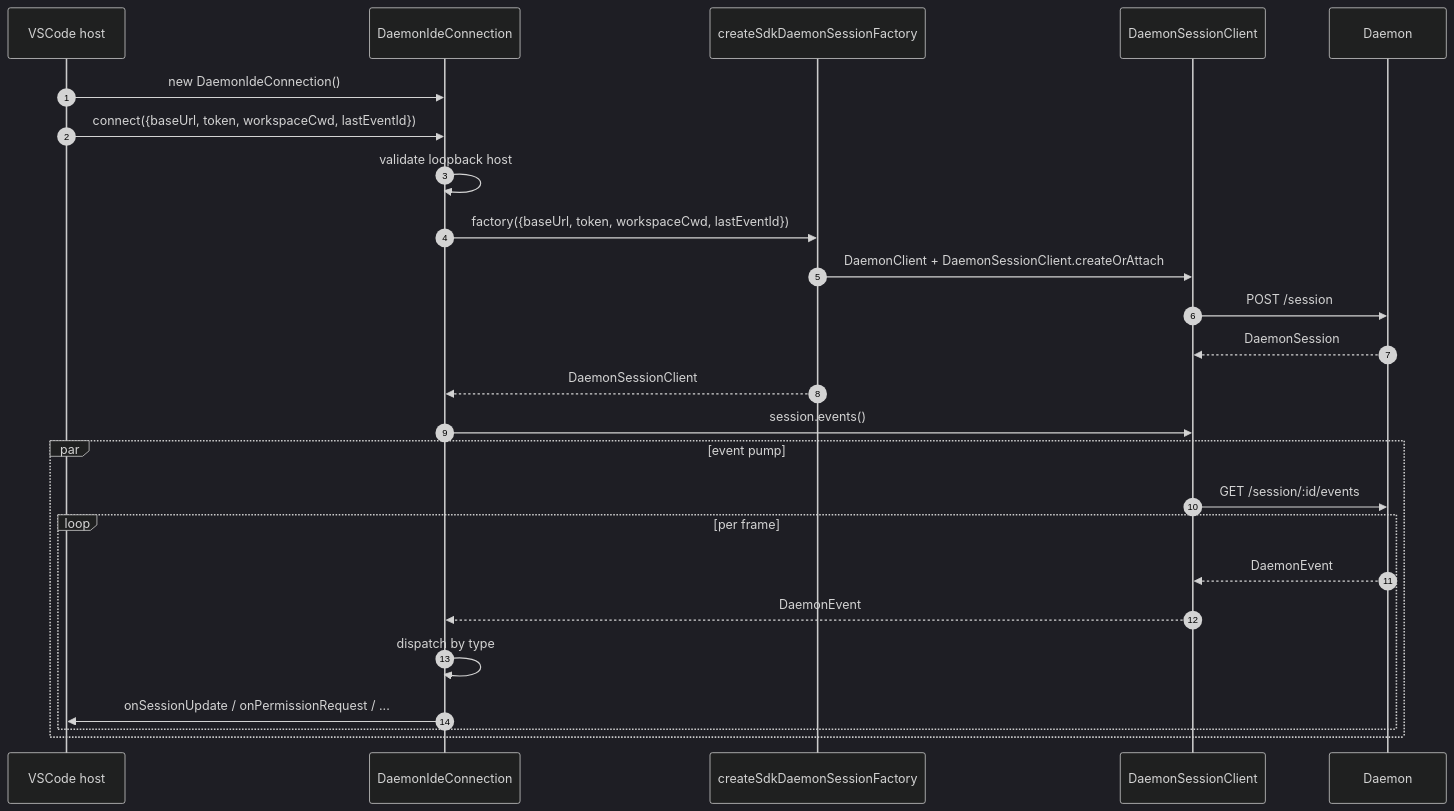
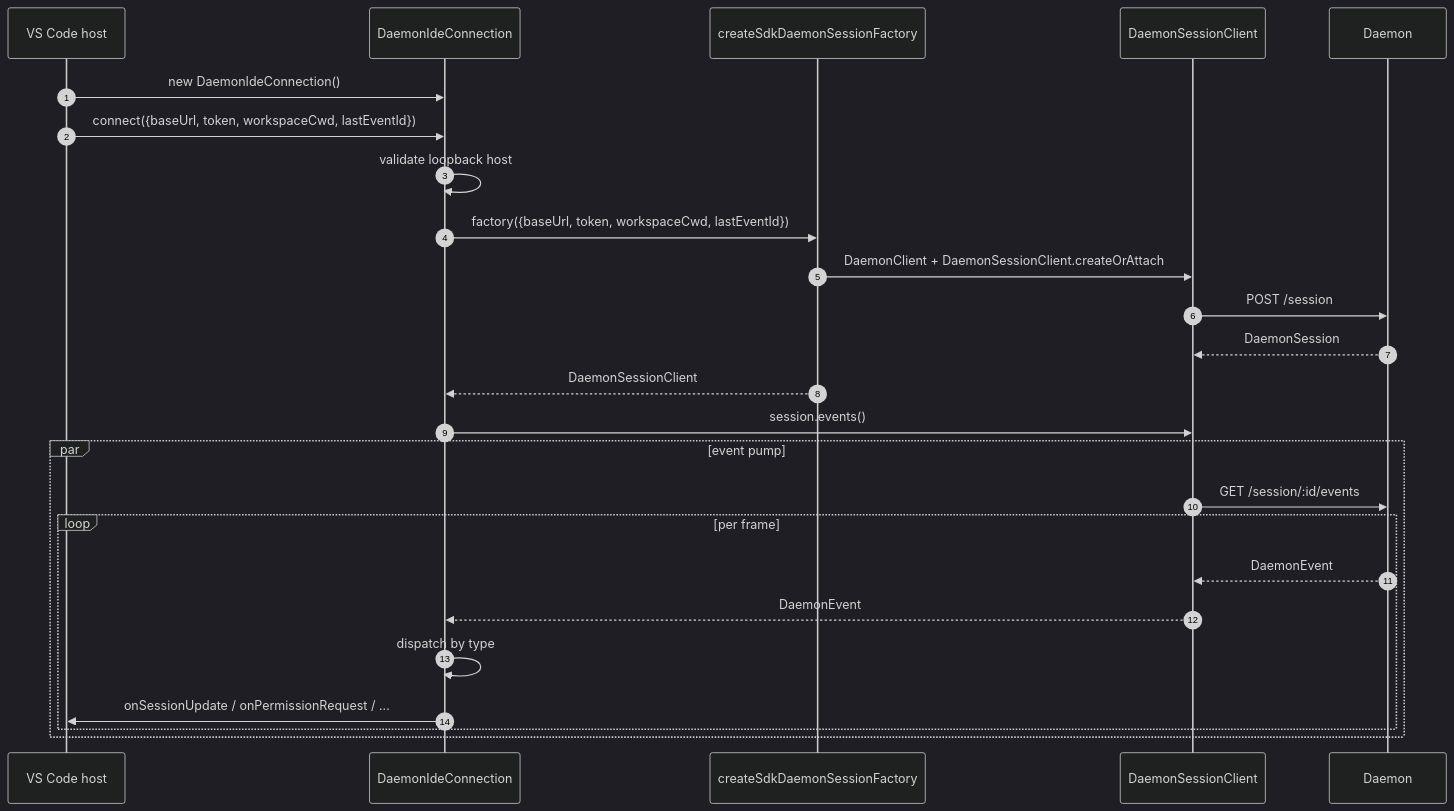
One commit to QwenLM/qwen-code changed the first of 3 diagrams in docs/developers/daemon/16-vscode-ide-adapter.md. Above: the diagram before and after it, drawn with Mermaid (dark theme). The commit also changed other lines of this file and 22 other files, not shown here.

````diff
--- a/docs/developers/daemon/16-vscode-ide-adapter.md
+++ b/docs/developers/daemon/16-vscode-ide-adapter.md
@@ -98,28 +98,28 @@
 ```mermaid
 sequenceDiagram
     autonumber
-    participant H as VSCode host
+    participant H as VS Code host
     participant C as DaemonIdeConnection
     participant F as createSdkDaemonSessionFactory
     participant SDK as DaemonSessionClient
     participant D as Daemon
 
     H->>C: new DaemonIdeConnection()
     H->>C: connect({baseUrl, token, workspaceCwd, lastEventId})
     C->>C: validate loopback host
     C->>F: factory({baseUrl, token, workspaceCwd, lastEventId})
     F->>SDK: DaemonClient + DaemonSessionClient.createOrAttach
     SDK->>D: POST /session
     D-->>SDK: DaemonSession
     F-->>C: DaemonSessionClient
     C->>SDK: session.events()
     par event pump
         SDK->>D: GET /session/:id/events
         loop per frame
             D-->>SDK: DaemonEvent
             SDK-->>C: DaemonEvent
             C->>C: dispatch by type
             C->>H: onSessionUpdate / onPermissionRequest / ...
         end
     end
 ```
````
